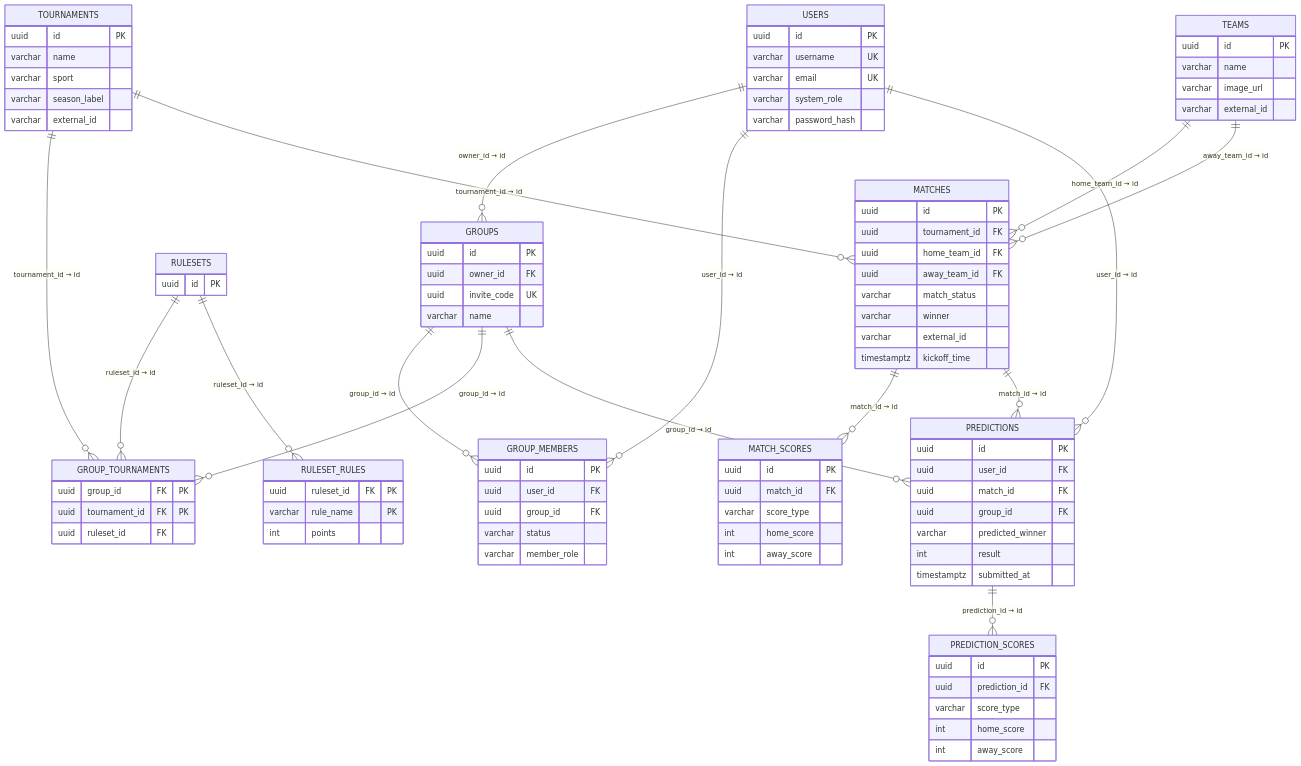
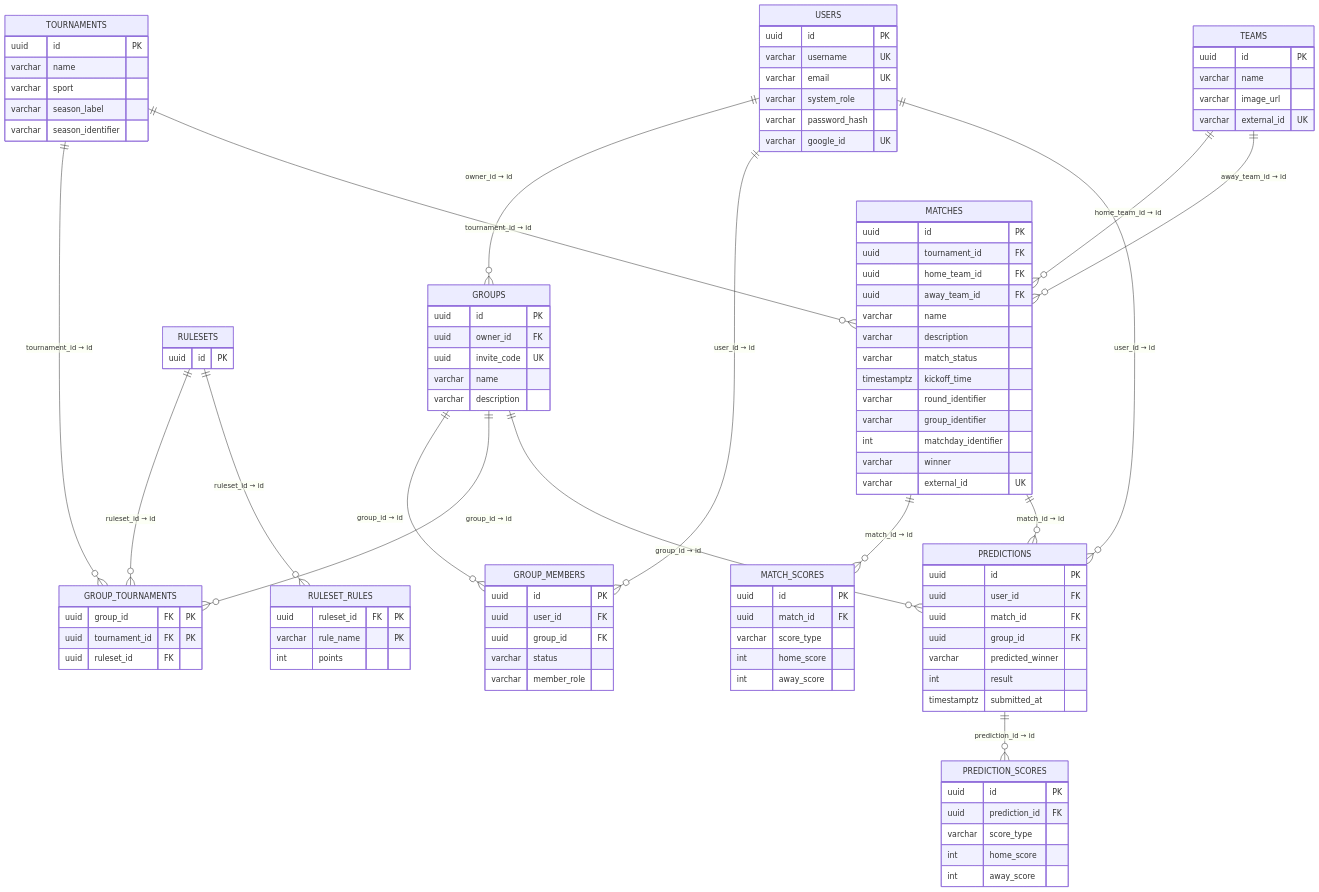
The second of 2 diagrams in docs/presentation-technical.md (Shrampus/Predict-o-rama), drawn with Mermaid before and after one commit. The commit also changed other lines of this file, not shown here.

```diff
--- a/docs/presentation-technical.md
+++ b/docs/presentation-technical.md
@@ -121,12 +107,14 @@
         varchar email UK
         varchar system_role
         varchar password_hash
+        varchar google_id UK
     }
     GROUPS {
         uuid id PK
         uuid owner_id FK
         uuid invite_code UK
         varchar name
+        varchar description
     }
     GROUP_MEMBERS {
         uuid id PK
@@ -153,23 +141,28 @@
         varchar name
         varchar sport
         varchar season_label
-        varchar external_id
+        varchar season_identifier
     }
     TEAMS {
         uuid id PK
         varchar name
         varchar image_url
-        varchar external_id
+        varchar external_id UK
     }
     MATCHES {
         uuid id PK
         uuid tournament_id FK
         uuid home_team_id FK
         uuid away_team_id FK
+        varchar name
+        varchar description
         varchar match_status
+        timestamptz kickoff_time
+        varchar round_identifier
+        varchar group_identifier
+        int matchday_identifier
         varchar winner
-        varchar external_id
-        timestamptz kickoff_time
+        varchar external_id UK
     }
     MATCH_SCORES {
         uuid id PK
```
